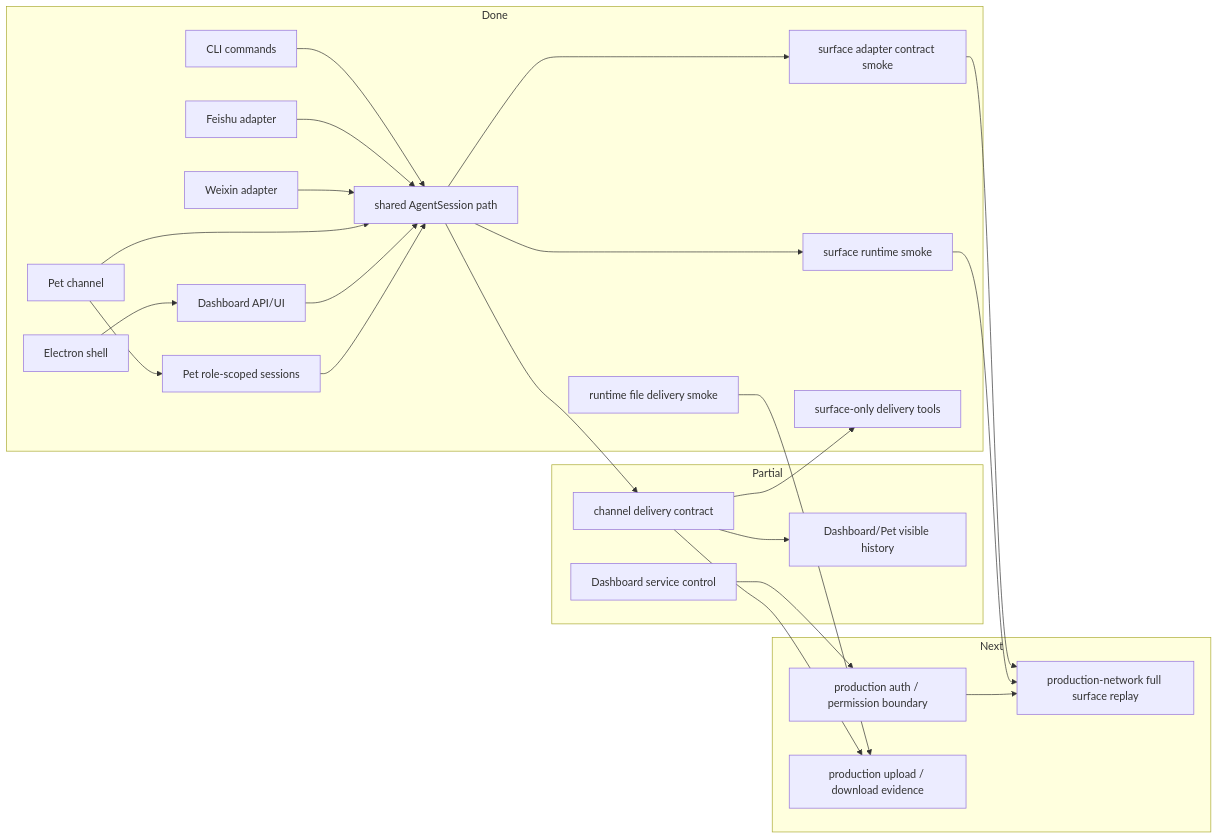
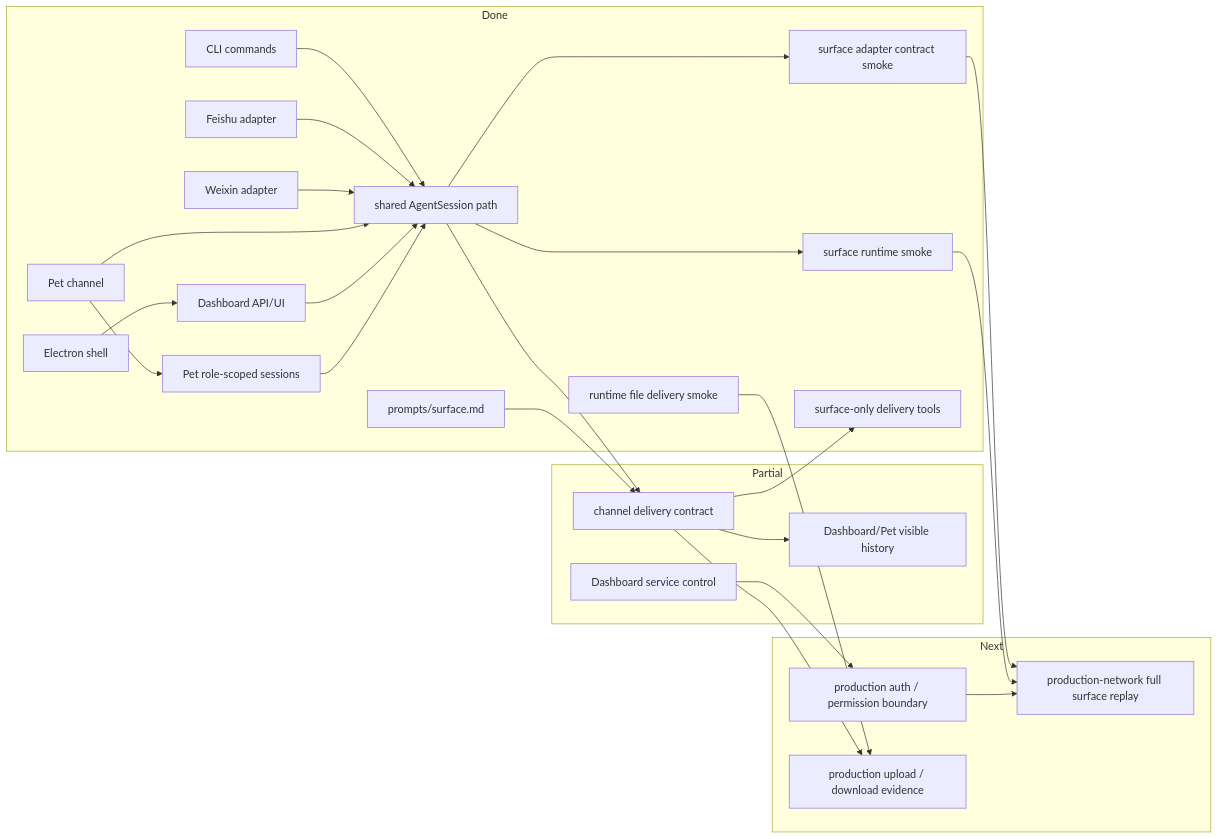
One commit to fightheyyy/XiaoBa-CLI changed the diagram in docs/surface/PLAN.md. Above: the diagram before and after it, drawn with Mermaid. The commit also changed other lines of this file and 271 other files, not shown here.

````diff
--- a/docs/surface/PLAN.md
+++ b/docs/surface/PLAN.md
@@ -13,49 +13,51 @@
 ```mermaid
 flowchart LR
     subgraph Done["Done"]
         CLI["CLI commands"]
         Feishu["Feishu adapter"]
         Weixin["Weixin adapter"]
         Pet["Pet channel"]
         Dashboard["Dashboard API/UI"]
         Electron["Electron shell"]
         SharedSession["shared AgentSession path"]
         AdapterSmoke["surface adapter contract smoke"]
         RuntimeSmoke["surface runtime smoke"]
         RuntimeFile["runtime file delivery smoke"]
         SurfaceTools["surface-only delivery tools"]
+        SurfacePrompt["prompts/surface.md"]
         RoleSessions["Pet role-scoped sessions"]
     end
 
     subgraph Partial["Partial"]
         Delivery["channel delivery contract"]
         VisibleHistory["Dashboard/Pet visible history"]
         ServiceControl["Dashboard service control"]
     end
 
     subgraph Next["Next"]
         Auth["production auth / permission boundary"]
         FileEvidence["production upload / download evidence"]
         ContractTests["production-network full surface replay"]
     end
 
     CLI --> SharedSession
     Feishu --> SharedSession
     Weixin --> SharedSession
     Pet --> SharedSession
     Dashboard --> SharedSession
     Electron --> Dashboard
     SharedSession --> Delivery
+    SurfacePrompt --> Delivery
     Delivery --> SurfaceTools
     Pet --> RoleSessions
     RoleSessions --> SharedSession
     SharedSession --> AdapterSmoke
     SharedSession --> RuntimeSmoke
     AdapterSmoke --> ContractTests
     RuntimeSmoke --> ContractTests
     RuntimeFile --> FileEvidence
     Delivery --> VisibleHistory
     Delivery --> FileEvidence
     ServiceControl --> Auth
     Auth --> ContractTests
 ```
````
